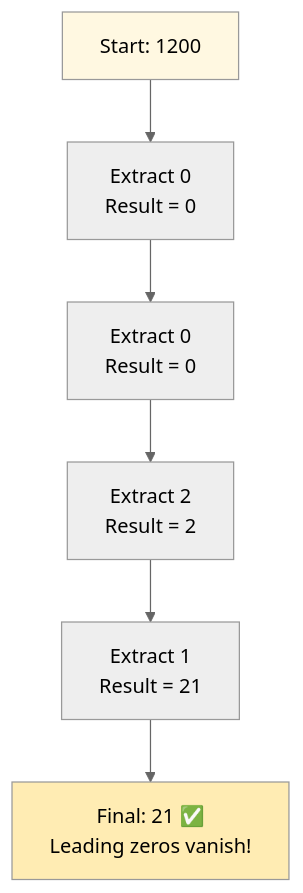
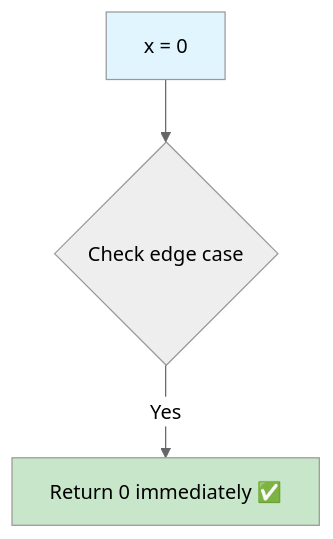
One commit to LuckyLongre123/README_RUNNER changed the fifth of 14 diagrams in README.md. Above: the diagram before and after it, drawn with Mermaid (neutral theme). The commit also changed other lines of this file, not shown here.

````diff
--- a/README.md
+++ b/README.md
@@ -133,11 +144,8 @@
 ```mermaid
-graph TD
-    A[Start: 1200] --> B[Extract 0<br/>Result = 0]
-    B --> C[Extract 0<br/>Result = 0]
-    C --> D[Extract 2<br/>Result = 2]
-    D --> E[Extract 1<br/>Result = 21]
-    E --> F[Final: 21 ✅<br/>Leading zeros vanish!]
+flowchart TD
+    A[x = 0] --> B{Check edge case}
+    B -->|Yes| C[Return 0 immediately ✅]
     
-    style A fill:#fff8e1
-    style F fill:#ffecb3
+    style A fill:#e1f5fe
+    style C fill:#c8e6c9
 ```
````
